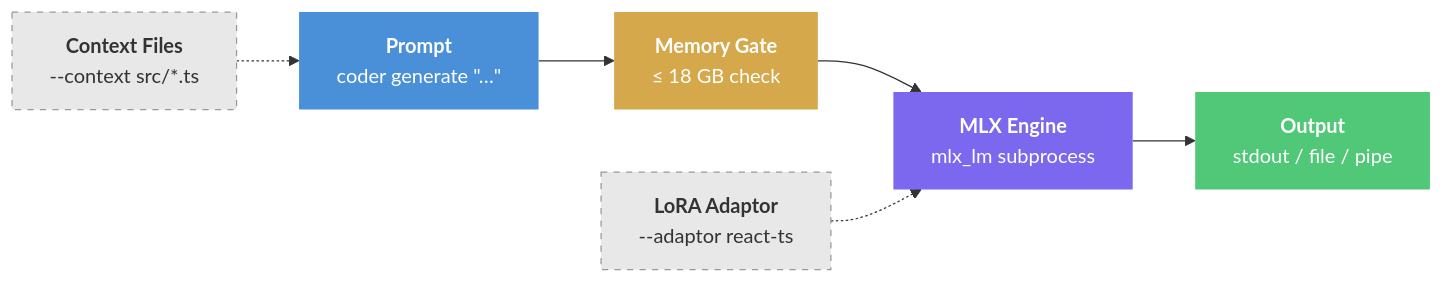
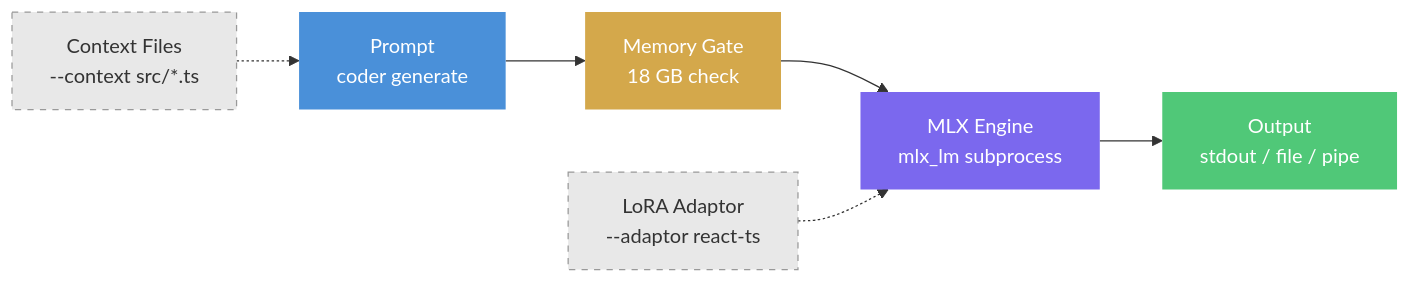
One commit to falese/coder changed the first of 4 diagrams in README.md. Above: the diagram before and after it, drawn with Mermaid. The commit also changed other lines of this file, not shown here.

Commit message:
Fix Mermaid diagrams in README: remove HTML entities and tags breaking parser
Agent-Logs-Url: https://github.com/falese/coder/sessions/29fc8b69-d1a3-443c-b254-58aca7959333

````diff
--- a/README.md
+++ b/README.md
@@ -31,16 +31,16 @@
 ```mermaid
 graph LR
-    A["<b>Prompt</b><br/>coder generate &quot;…&quot;"] --> B["<b>Memory Gate</b><br/>≤ 18 GB check"]
-    B --> C["<b>MLX Engine</b><br/>mlx_lm subprocess"]
-    C --> D["<b>Output</b><br/>stdout / file / pipe"]
+    A["Prompt<br/>coder generate"] --> B["Memory Gate<br/>18 GB check"]
+    B --> C["MLX Engine<br/>mlx_lm subprocess"]
+    C --> D["Output<br/>stdout / file / pipe"]
 
-    E["<b>LoRA Adaptor</b><br/>--adaptor react-ts"] -.-> C
-    F["<b>Context Files</b><br/>--context src/*.ts"] -.-> A
+    E["LoRA Adaptor<br/>--adaptor react-ts"] -.-> C
+    F["Context Files<br/>--context src/*.ts"] -.-> A
 
     style A fill:#4A90D9,color:#fff,stroke:none
     style B fill:#D4A84B,color:#fff,stroke:none
     style C fill:#7B68EE,color:#fff,stroke:none
     style D fill:#50C878,color:#fff,stroke:none
     style E fill:#E8E8E8,color:#333,stroke:#999,stroke-dasharray:5 5
     style F fill:#E8E8E8,color:#333,stroke:#999,stroke-dasharray:5 5
 ```
````
